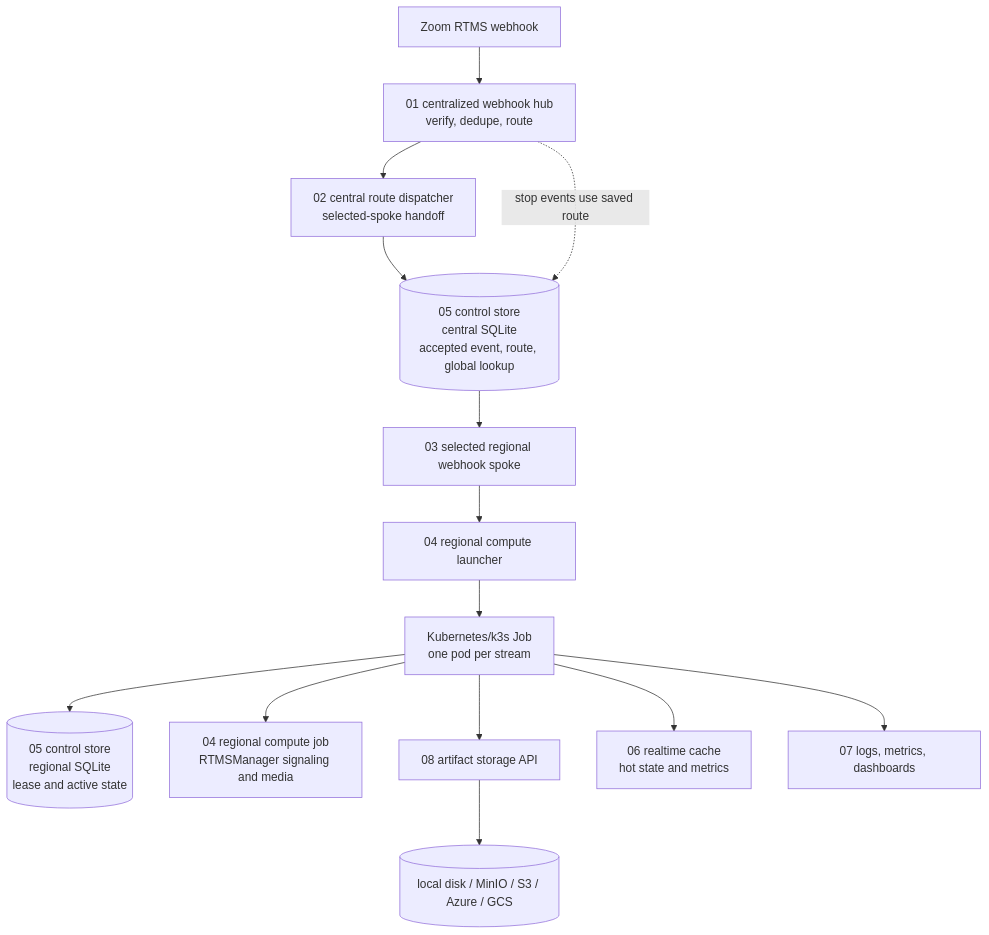
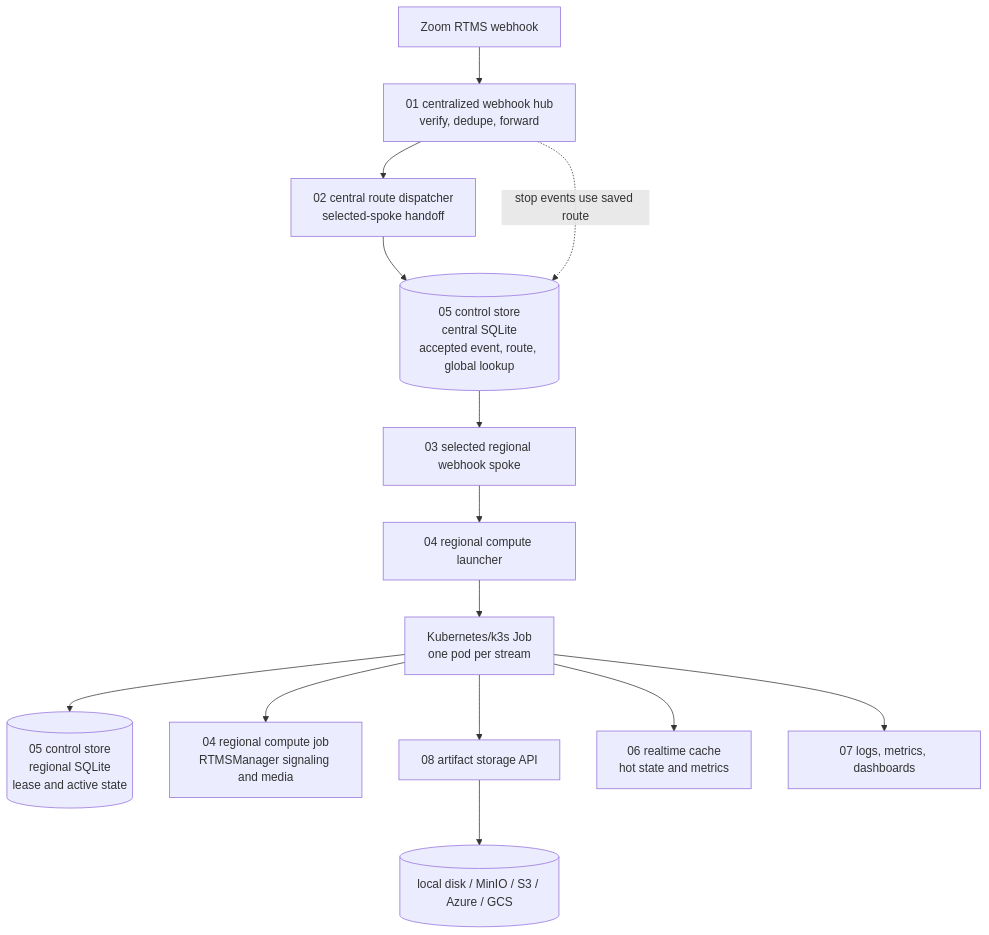
The first of 2 diagrams in rtms-distributed-sample/README.md (gengtang26/rtms-samples), drawn with Mermaid before and after one commit. The commit also changed other lines of this file and 27 other files, not shown here.

````diff
--- a/rtms-distributed-sample/README.md
+++ b/rtms-distributed-sample/README.md
@@ -22,16 +22,16 @@
 ```mermaid
 flowchart TD
-  Zoom[Zoom RTMS webhook] --> Hub[01 centralized webhook hub<br/>verify, dedupe, route]
+  Zoom[Zoom RTMS webhook] --> Hub[01 centralized webhook hub<br/>verify, dedupe, forward]
   Hub --> Dispatcher[02 central route dispatcher<br/>selected-spoke handoff]
   Dispatcher --> Central[(05 control store<br/>central SQLite<br/>accepted event, route, global lookup)]
   Central --> Spoke[03 selected regional webhook spoke]
   Spoke --> Launcher[04 regional compute launcher]
   Launcher --> Job[Kubernetes/k3s Job<br/>one pod per stream]
   Job --> Regional[(05 control store<br/>regional SQLite<br/>lease and active state)]
   Job --> Manager[04 regional compute job<br/>RTMSManager signaling and media]
   Job --> Artifact[08 artifact storage API]
   Artifact --> Blob[(local disk / MinIO / S3 / Azure / GCS)]
   Job --> Cache[06 realtime cache<br/>hot state and metrics]
   Job --> Obs[07 logs, metrics, dashboards]
   Hub -. stop events use saved route .-> Central
 ```
````
